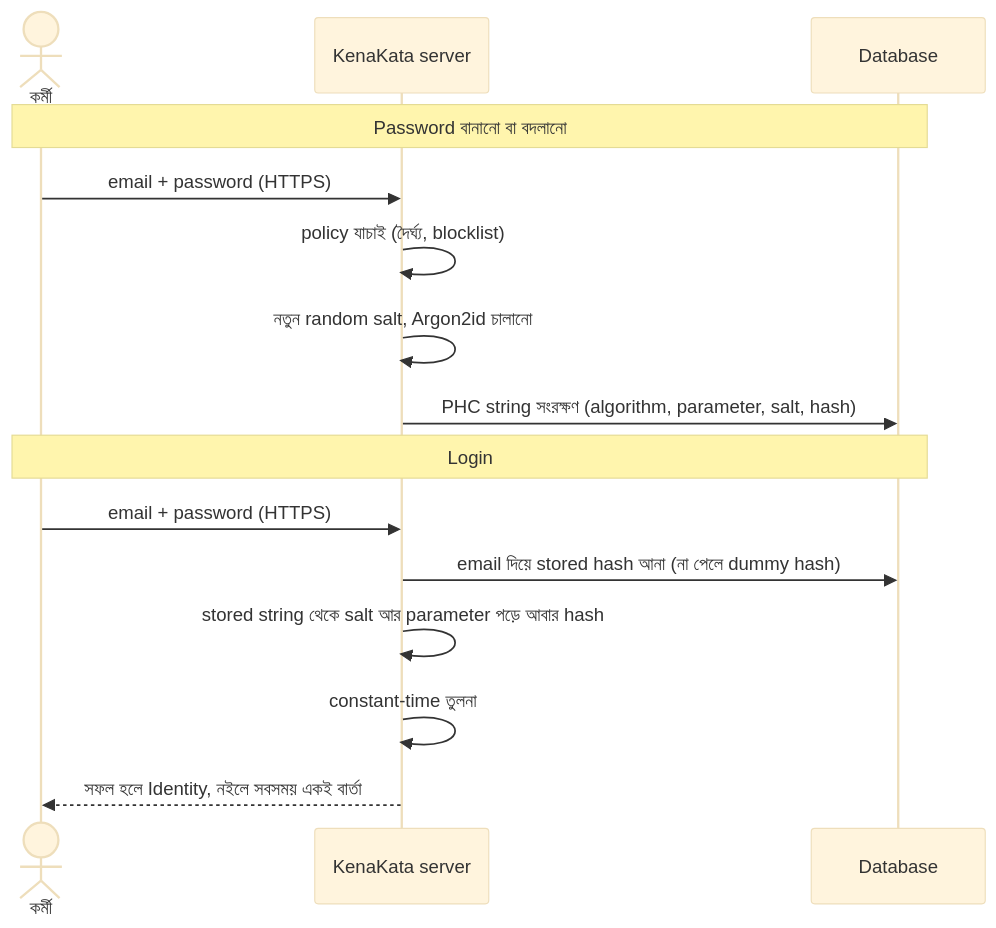
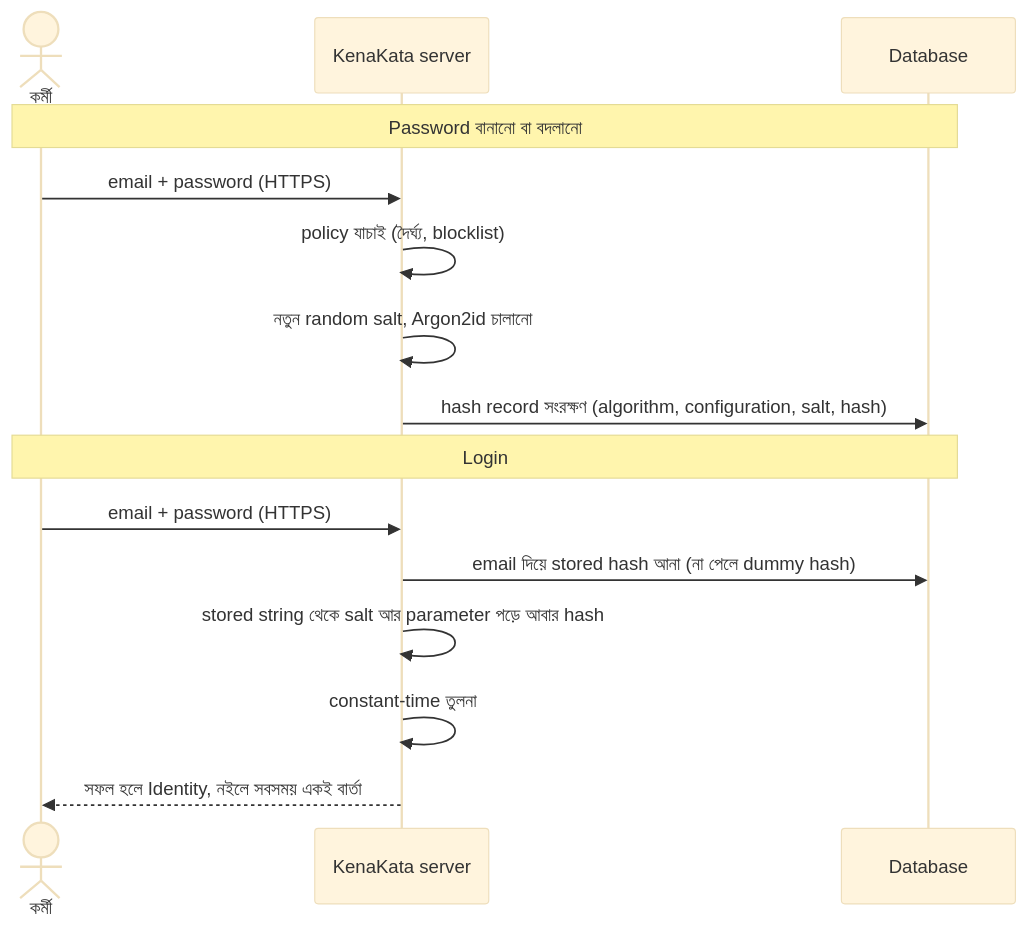
Before and after one commit to shomi-khan/auth-security-journey: the seventh of 8 diagrams in series/season-1-browser-session-token/03-password-security/README.md, drawn with Mermaid (base theme). The commit also changed other lines of this file, not shown here.

````diff
--- a/series/season-1-browser-session-token/03-password-security/README.md
+++ b/series/season-1-browser-session-token/03-password-security/README.md
@@ -355,18 +309,18 @@
 ```mermaid
 sequenceDiagram
     actor U as কর্মী
     participant S as KenaKata server
     participant DB as Database
 
     Note over U,DB: Password বানানো বা বদলানো
     U->>S: email + password (HTTPS)
     S->>S: policy যাচাই (দৈর্ঘ্য, blocklist)
     S->>S: নতুন random salt, Argon2id চালানো
-    S->>DB: PHC string সংরক্ষণ (algorithm, parameter, salt, hash)
+    S->>DB: hash record সংরক্ষণ (algorithm, configuration, salt, hash)
     Note over U,DB: Login
     U->>S: email + password (HTTPS)
     S->>DB: email দিয়ে stored hash আনা (না পেলে dummy hash)
     S->>S: stored string থেকে salt আর parameter পড়ে আবার hash
     S->>S: constant-time তুলনা
     S-->>U: সফল হলে Identity, নইলে সবসময় একই বার্তা
 ```
````
